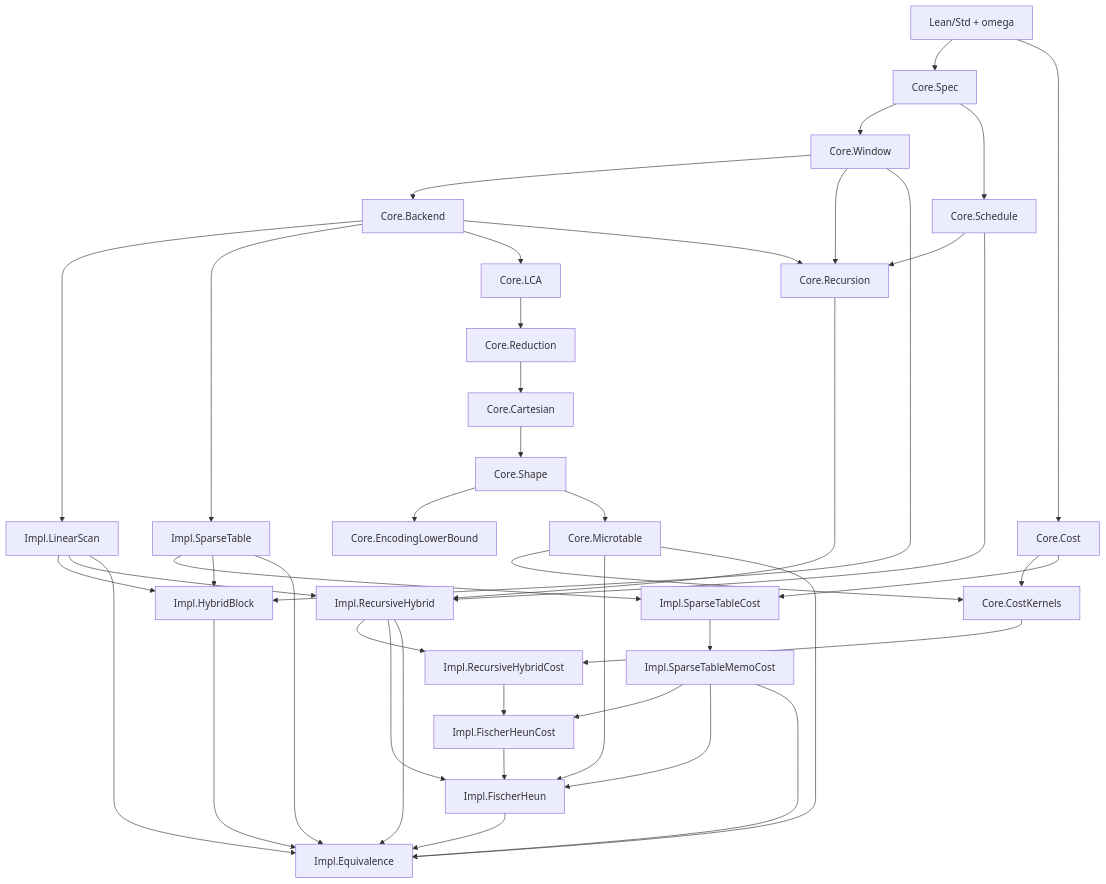
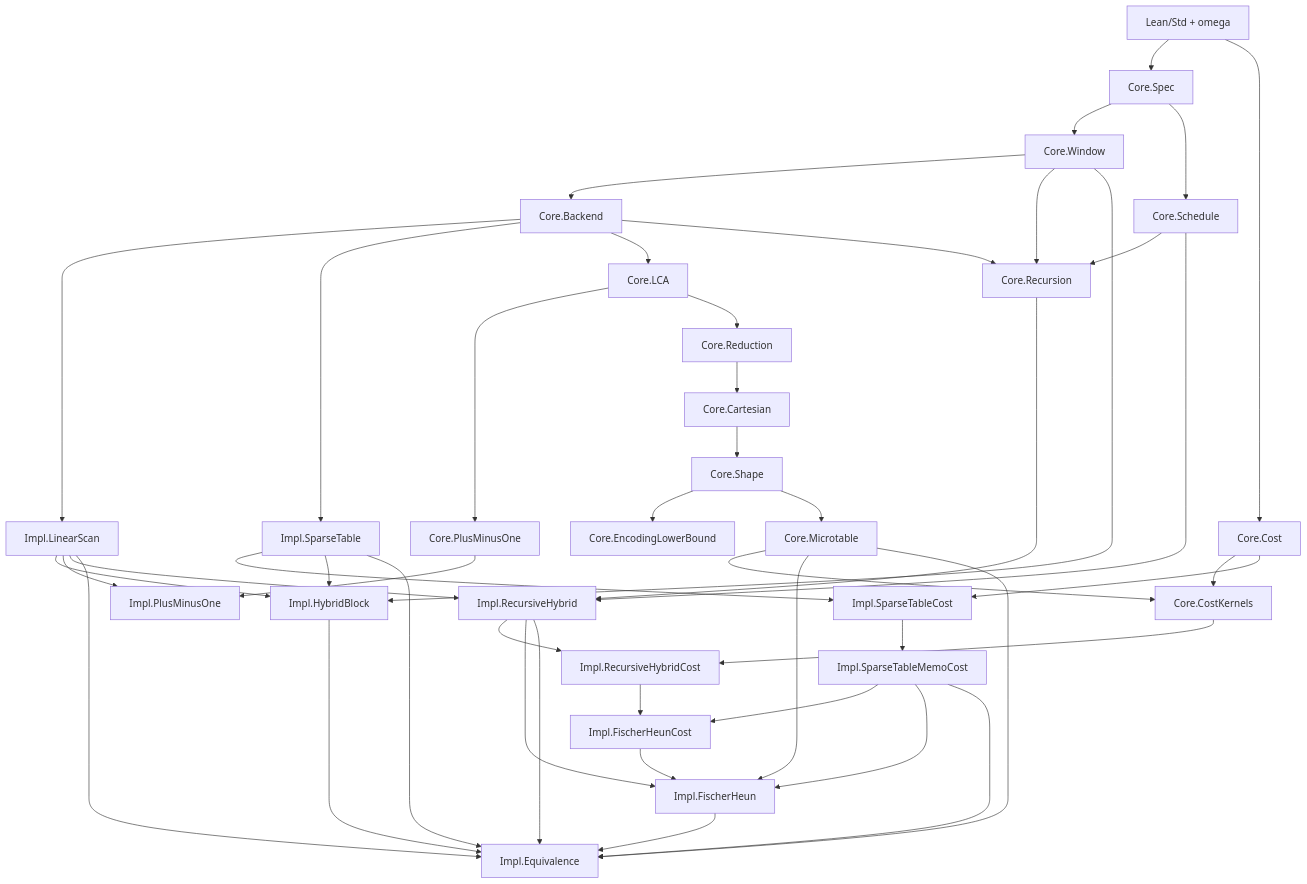
One commit to patternscientist/rmq changed the diagram in docs/FAMILY_SUMMARY.md. Above: the diagram before and after it, drawn with Mermaid. The commit also changed other lines of this file and 4 other files, not shown here.

Commit message:
Add plus-minus-one RMQ package

````diff
--- a/docs/FAMILY_SUMMARY.md
+++ b/docs/FAMILY_SUMMARY.md
@@ -36,58 +39,62 @@
 ```mermaid
 flowchart TD
   Std["Lean/Std + omega"]
 
   Std --> Spec["Core.Spec"]
   Std --> Cost["Core.Cost"]
 
   Spec --> Window["Core.Window"]
   Window --> Backend["Core.Backend"]
   Spec --> Schedule["Core.Schedule"]
 
   Backend --> LinearScan["Impl.LinearScan"]
   Backend --> SparseTable["Impl.SparseTable"]
   Backend --> LCA["Core.LCA"]
+  LCA --> PlusMinusOneCore["Core.PlusMinusOne"]
   LCA --> Reduction["Core.Reduction"]
   Reduction --> Cartesian["Core.Cartesian"]
   Cartesian --> Shape["Core.Shape"]
   Shape --> EncodingLowerBound["Core.EncodingLowerBound"]
   Shape --> Microtable["Core.Microtable"]
 
   Cost --> CostKernels["Core.CostKernels"]
   Microtable --> CostKernels
 
   Schedule --> Recursion["Core.Recursion"]
   Backend --> Recursion
   Window --> Recursion
 
   SparseTable --> SparseTableCost["Impl.SparseTableCost"]
   Cost --> SparseTableCost
   SparseTableCost --> SparseTableMemoCost["Impl.SparseTableMemoCost"]
 
   Window --> HybridBlock["Impl.HybridBlock"]
   LinearScan --> HybridBlock
   SparseTable --> HybridBlock
+
+  PlusMinusOneCore --> PlusMinusOneImpl["Impl.PlusMinusOne"]
+  LinearScan --> PlusMinusOneImpl
 
   Schedule --> RecursiveHybrid["Impl.RecursiveHybrid"]
   Recursion --> RecursiveHybrid
   LinearScan --> RecursiveHybrid
 
   CostKernels --> RecursiveHybridCost["Impl.RecursiveHybridCost"]
   RecursiveHybrid --> RecursiveHybridCost
 
   RecursiveHybridCost --> FischerHeunCost["Impl.FischerHeunCost"]
   SparseTableMemoCost --> FischerHeunCost
 
   Microtable --> FischerHeun["Impl.FischerHeun"]
   RecursiveHybrid --> FischerHeun
   SparseTableMemoCost --> FischerHeun
   FischerHeunCost --> FischerHeun
 
   Microtable --> Equivalence["Impl.Equivalence"]
   LinearScan --> Equivalence
   SparseTable --> Equivalence
   SparseTableMemoCost --> Equivalence
   HybridBlock --> Equivalence
   RecursiveHybrid --> Equivalence
   FischerHeun --> Equivalence
 ```
````
